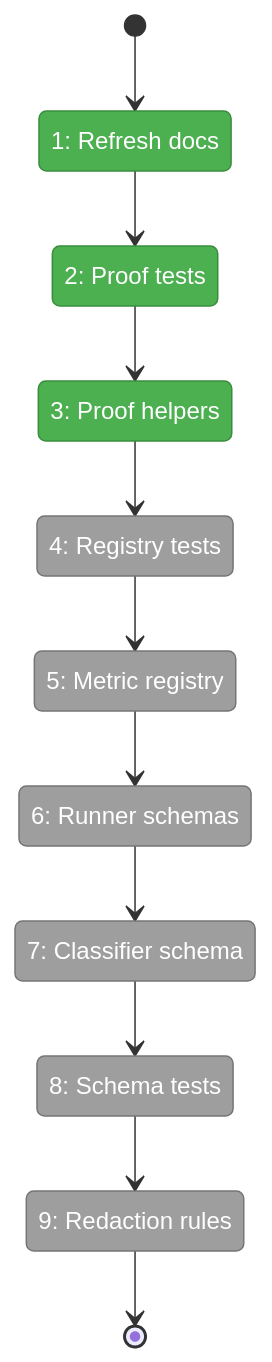
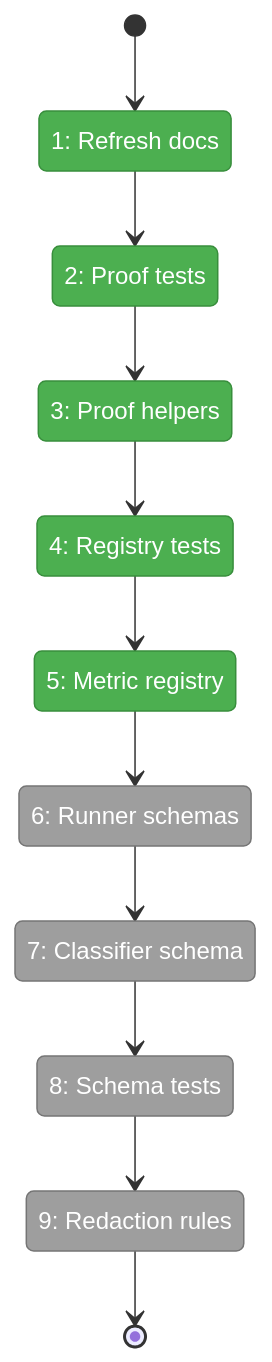
Before and after one commit to AI-Substrate/minih: the first of 2 diagrams in docs/plans/020-minih-harness-measurement/tasks/phase-1-measurement-domain-contracts/tasks.fltplan.md, drawn with Mermaid. The commit also changed other lines of this file and 7 other files, not shown here.

````diff
--- a/docs/plans/020-minih-harness-measurement/tasks/phase-1-measurement-domain-contracts/tasks.fltplan.md
+++ b/docs/plans/020-minih-harness-measurement/tasks/phase-1-measurement-domain-contracts/tasks.fltplan.md
@@ -44,33 +44,35 @@
 ```mermaid
 stateDiagram-v2
     classDef pending fill:#9E9E9E,stroke:#757575,color:#fff
     classDef active fill:#FFC107,stroke:#FFA000,color:#000
     classDef done fill:#4CAF50,stroke:#388E3C,color:#fff
     classDef blocked fill:#F44336,stroke:#D32F2F,color:#fff
 
     state "1: Refresh docs" as S1
     state "2: Proof tests" as S2
     state "3: Proof helpers" as S3
     state "4: Registry tests" as S4
     state "5: Metric registry" as S5
     state "6: Runner schemas" as S6
     state "7: Classifier schema" as S7
     state "8: Schema tests" as S8
     state "9: Redaction rules" as S9
 
     [*] --> S1
     S1 --> S2
     S2 --> S3
     S3 --> S4
     S4 --> S5
     S5 --> S6
     S6 --> S7
     S7 --> S8
     S8 --> S9
     S9 --> [*]
 
     class S1 done
     class S2 done
     class S3 done
-    class S4,S5,S6,S7,S8,S9 pending
+    class S4 done
+    class S5 done
+    class S6,S7,S8,S9 pending
 ```
````
